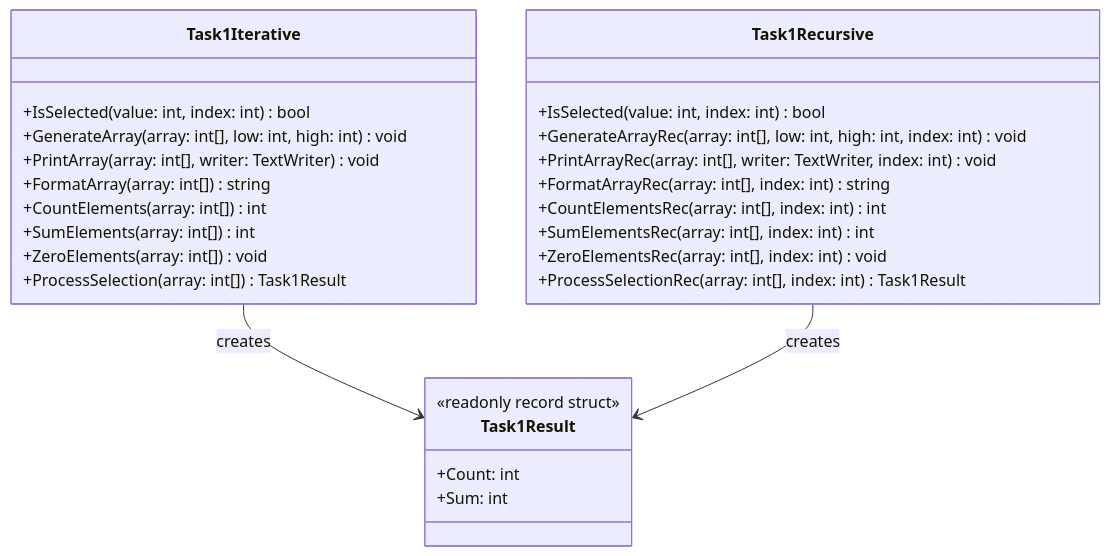
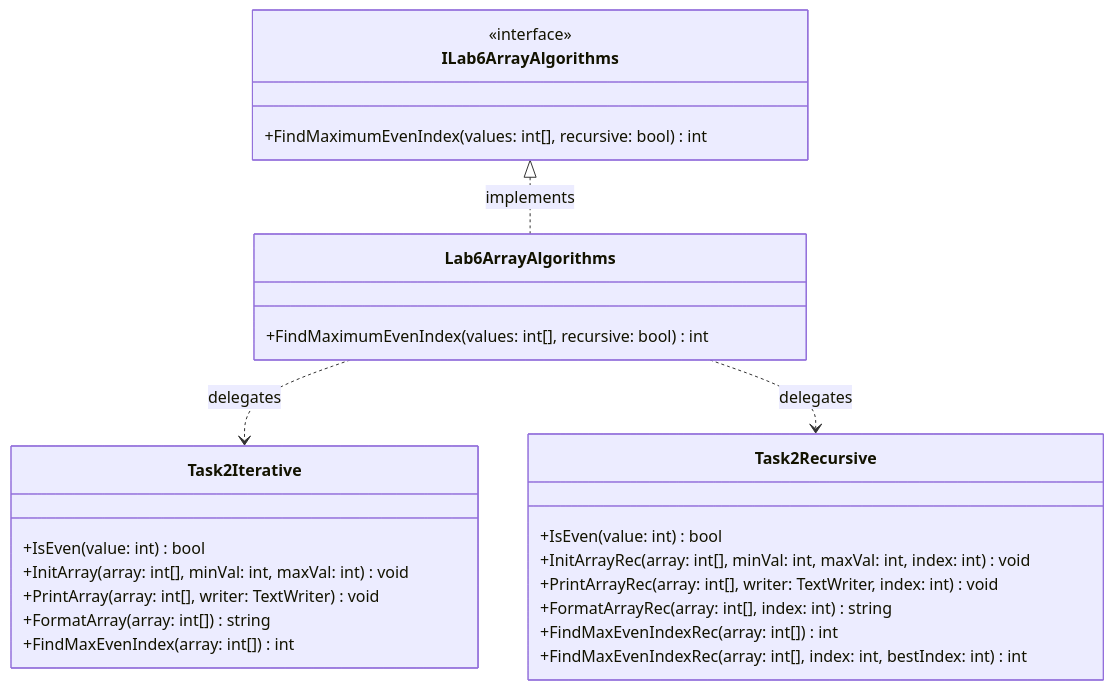
The third of 3 diagrams in Lb6/README.md (lviv-polytech/alg-cs-labs), drawn with Mermaid before and after one commit. The commit also changed other lines of this file and 4 other files, not shown here.

Commit message:
feat(lab-06): implement task 6.2 maximum even element search for variant 17

````diff
--- a/Lb6/README.md
+++ b/Lb6/README.md
@@ -79,33 +85,32 @@
 ```mermaid
 classDiagram
-    class Task1Result {
-        <<readonly record struct>>
-        +Count: int
-        +Sum: int
+    class Task2Iterative {
+        +IsEven(value: int) bool
+        +InitArray(array: int[], minVal: int, maxVal: int) void
+        +PrintArray(array: int[], writer: TextWriter) void
+        +FormatArray(array: int[]) string
+        +FindMaxEvenIndex(array: int[]) int
     }
 
-    class Task1Iterative {
-        +IsSelected(value: int, index: int) bool
-        +GenerateArray(array: int[], low: int, high: int) void
-        +PrintArray(array: int[], writer: TextWriter) void
-        +FormatArray(array: int[]) string
-        +CountElements(array: int[]) int
-        +SumElements(array: int[]) int
-        +ZeroElements(array: int[]) void
-        +ProcessSelection(array: int[]) Task1Result
+    class Task2Recursive {
+        +IsEven(value: int) bool
+        +InitArrayRec(array: int[], minVal: int, maxVal: int, index: int) void
+        +PrintArrayRec(array: int[], writer: TextWriter, index: int) void
+        +FormatArrayRec(array: int[], index: int) string
+        +FindMaxEvenIndexRec(array: int[]) int
+        +FindMaxEvenIndexRec(array: int[], index: int, bestIndex: int) int
     }
 
-    class Task1Recursive {
-        +IsSelected(value: int, index: int) bool
-        +GenerateArrayRec(array: int[], low: int, high: int, index: int) void
-        +PrintArrayRec(array: int[], writer: TextWriter, index: int) void
-        +FormatArrayRec(array: int[], index: int) string
-        +CountElementsRec(array: int[], index: int) int
-        +SumElementsRec(array: int[], index: int) int
-        +ZeroElementsRec(array: int[], index: int) void
-        +ProcessSelectionRec(array: int[], index: int) Task1Result
+    class ILab6ArrayAlgorithms {
+        <<interface>>
+        +FindMaximumEvenIndex(values: int[], recursive: bool) int
     }
 
-    Task1Iterative --> Task1Result : creates
-    Task1Recursive --> Task1Result : creates
+    class Lab6ArrayAlgorithms {
+        +FindMaximumEvenIndex(values: int[], recursive: bool) int
+    }
+
+    ILab6ArrayAlgorithms <|.. Lab6ArrayAlgorithms : implements
+    Lab6ArrayAlgorithms ..> Task2Iterative : delegates
+    Lab6ArrayAlgorithms ..> Task2Recursive : delegates
 ```
````
